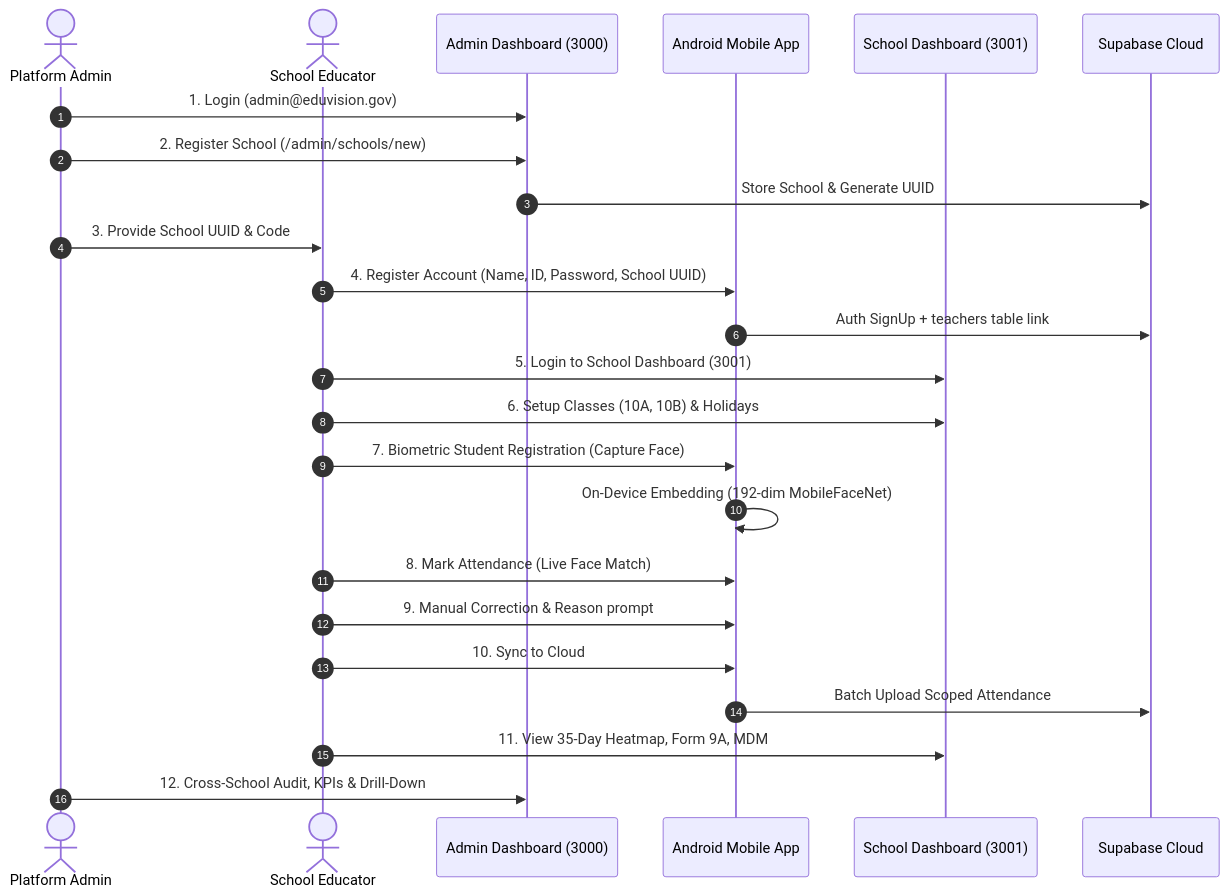
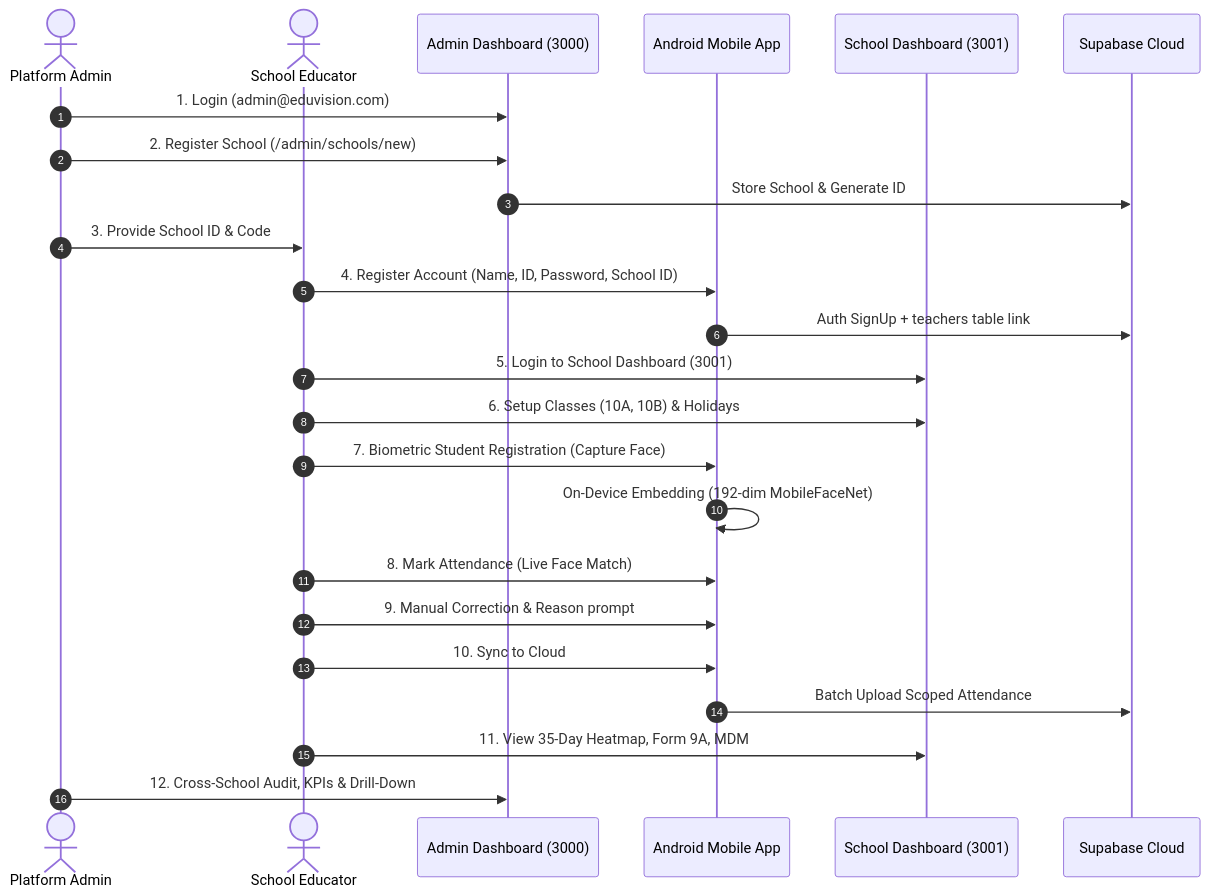
The second of 2 diagrams in WORKFLOW_TESTING_GUIDE.md (Vigneshnandan/EduVision), drawn with Mermaid before and after one commit. The commit also changed other lines of this file and 32 other files, not shown here.

First line of the commit message:
fix(security): address audit findings 2 through 9 and synchronize schemas

````diff
--- a/WORKFLOW_TESTING_GUIDE.md
+++ b/WORKFLOW_TESTING_GUIDE.md
@@ -223,27 +297,27 @@
 ```mermaid
 sequenceDiagram
     autonumber
     actor Admin as Platform Admin
     actor Teacher as School Educator
     participant AD as Admin Dashboard (3000)
     participant App as Android Mobile App
     participant SD as School Dashboard (3001)
     participant DB as Supabase Cloud
 
-    Admin->>AD: 1. Login (admin@eduvision.gov)
+    Admin->>AD: 1. Login (admin@eduvision.com)
     Admin->>AD: 2. Register School (/admin/schools/new)
-    AD->>DB: Store School & Generate UUID
-    Admin->>Teacher: 3. Provide School UUID & Code
-    Teacher->>App: 4. Register Account (Name, ID, Password, School UUID)
+    AD->>DB: Store School & Generate ID
+    Admin->>Teacher: 3. Provide School ID & Code
+    Teacher->>App: 4. Register Account (Name, ID, Password, School ID)
     App->>DB: Auth SignUp + teachers table link
     Teacher->>SD: 5. Login to School Dashboard (3001)
     Teacher->>SD: 6. Setup Classes (10A, 10B) & Holidays
     Teacher->>App: 7. Biometric Student Registration (Capture Face)
     App->>App: On-Device Embedding (192-dim MobileFaceNet)
     Teacher->>App: 8. Mark Attendance (Live Face Match)
     Teacher->>App: 9. Manual Correction & Reason prompt
     Teacher->>App: 10. Sync to Cloud
     App->>DB: Batch Upload Scoped Attendance
     Teacher->>SD: 11. View 35-Day Heatmap, Form 9A, MDM
     Admin->>AD: 12. Cross-School Audit, KPIs & Drill-Down
 ```
````
